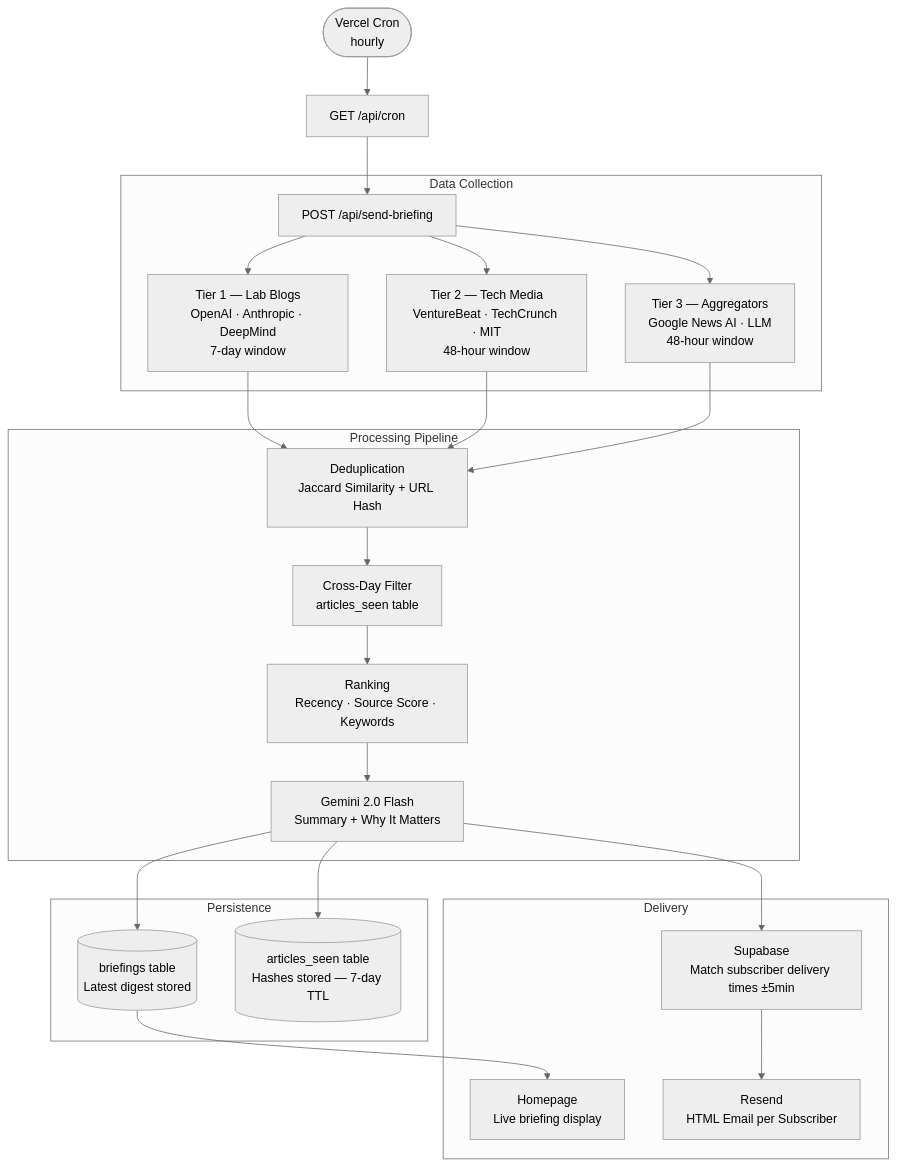
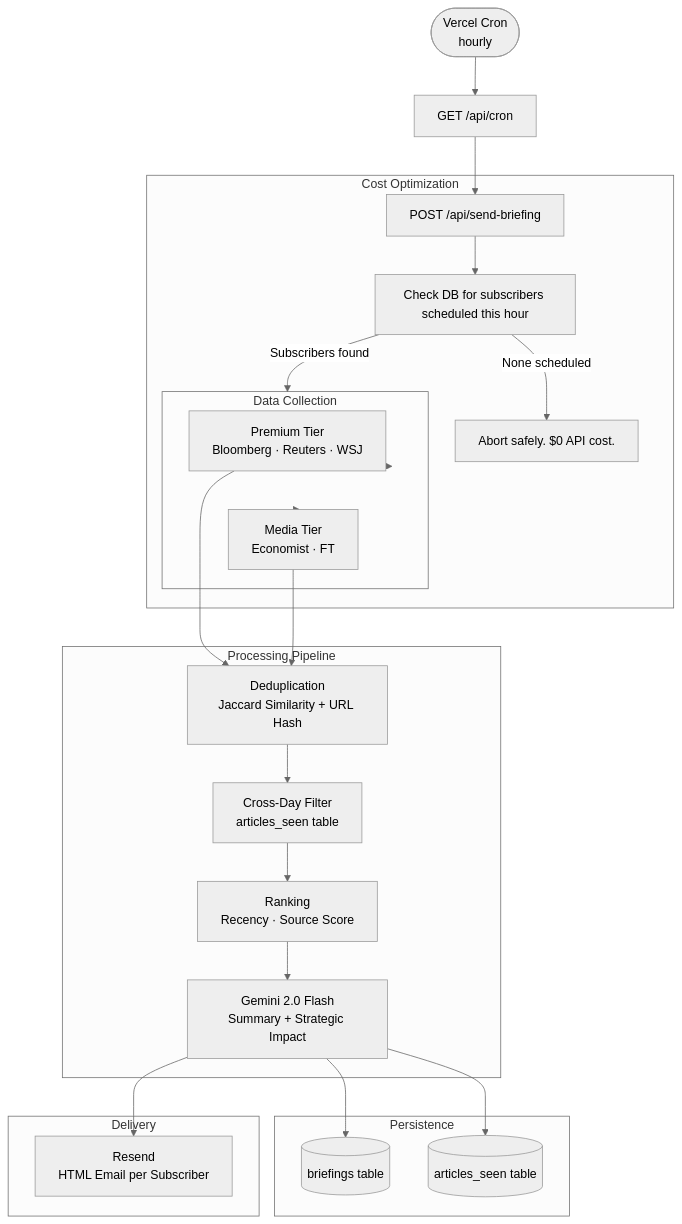
Before and after one commit to professyzenith/XanthraHorizon: the diagram in README.md, drawn with Mermaid (neutral theme). The commit also changed other lines of this file, not shown here.

Commit message:
docs: completely rewrite README to reflect premium global intelligence positioning, Google Auth spam protection, and cost-optimized cron architecture

````diff
--- a/README.md
+++ b/README.md
@@ -131,29 +114,32 @@
 ```mermaid
 flowchart TD
     CRON([Vercel Cron\nhourly]) --> CRONAPI[GET /api/cron]
     CRONAPI --> PIPELINE[POST /api/send-briefing]
 
+    subgraph PRECHECK ["Cost Optimization"]
+        PIPELINE --> CHECK[Check DB for subscribers scheduled this hour]
+        CHECK -->|None scheduled| ABORT[Abort safely. $0 API cost.]
+        CHECK -->|Subscribers found| FETCH
+    end
+
     subgraph FETCH ["Data Collection"]
-        PIPELINE --> T1[Tier 1 — Lab Blogs\nOpenAI · Anthropic · DeepMind\n7-day window]
-        PIPELINE --> T2[Tier 2 — Tech Media\nVentureBeat · TechCrunch · MIT\n48-hour window]
-        PIPELINE --> T3[Tier 3 — Aggregators\nGoogle News AI · LLM\n48-hour window]
+        FETCH --> T1[Premium Tier\nBloomberg · Reuters · WSJ]
+        FETCH --> T2[Media Tier\nEconomist · FT]
     end
 
     subgraph PROCESS ["Processing Pipeline"]
-        T1 & T2 & T3 --> DEDUP[Deduplication\nJaccard Similarity + URL Hash]
+        T1 & T2 --> DEDUP[Deduplication\nJaccard Similarity + URL Hash]
         DEDUP --> CROSSDAY[Cross-Day Filter\narticles_seen table]
-        CROSSDAY --> RANK[Ranking\nRecency · Source Score · Keywords]
-        RANK --> GEMINI[Gemini 2.0 Flash\nSummary + Why It Matters]
+        CROSSDAY --> RANK[Ranking\nRecency · Source Score]
+        RANK --> GEMINI[Gemini 2.0 Flash\nSummary + Strategic Impact]
     end
 
     subgraph PERSIST ["Persistence"]
-        GEMINI --> BRIEFINGDB[(briefings table\nLatest digest stored)]
-        GEMINI --> SEENDB[(articles_seen table\nHashes stored — 7-day TTL)]
+        GEMINI --> BRIEFINGDB[(briefings table)]
+        GEMINI --> SEENDB[(articles_seen table)]
     end
 
     subgraph DELIVER ["Delivery"]
-        BRIEFINGDB --> WEBSITE[Homepage\nLive briefing display]
-        GEMINI --> MATCH[Supabase\nMatch subscriber delivery times ±5min]
-        MATCH --> RESEND[Resend\nHTML Email per Subscriber]
+        GEMINI --> RESEND[Resend\nHTML Email per Subscriber]
     end
 ```
````
